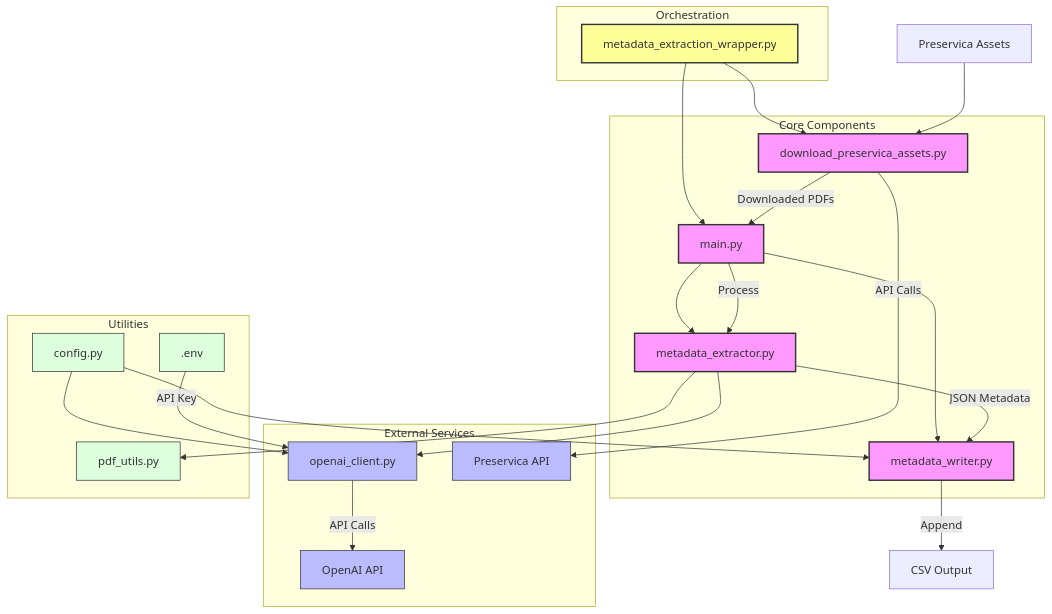
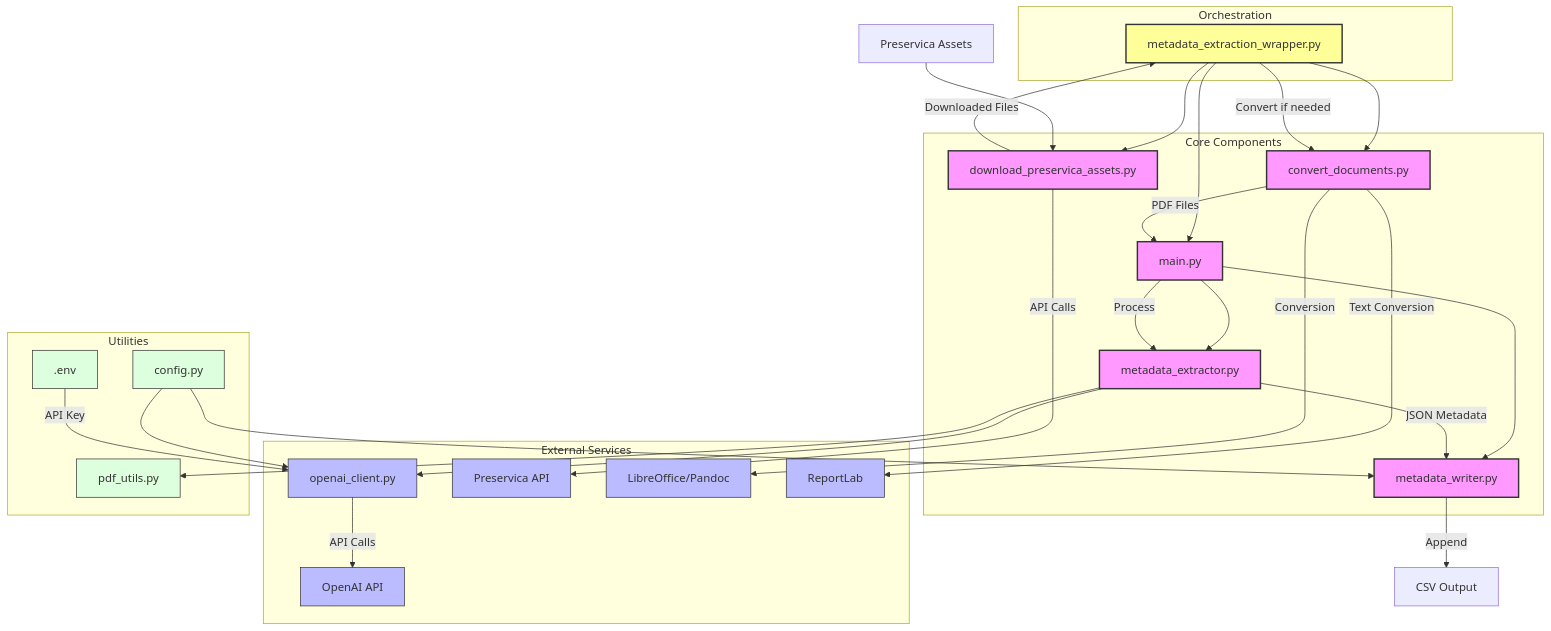
The diagram in README.md (icaew-digital-archive/metadata-extraction), drawn with Mermaid before and after one commit. The commit also changed other lines of this file, not shown here.

````diff
--- a/README.md
+++ b/README.md
@@ -7,63 +7,71 @@
 ```mermaid
 graph TD
     %% Main Components
     Wrapper[metadata_extraction_wrapper.py] --> Download[download_preservica_assets.py]
     Wrapper --> Main[main.py]
+    Wrapper --> Converter[convert_documents.py]
     Main --> Extractor[metadata_extractor.py]
     Main --> Writer[metadata_writer.py]
     
     %% Metadata Extractor Dependencies
     Extractor --> OpenAIClient[openai_client.py]
     Extractor --> PDFUtils[pdf_utils.py]
     
     %% Configuration and Environment
     Config[config.py] --> OpenAIClient
     Config --> Writer
     Env[.env] -->|API Key| OpenAIClient
     
     %% Data Flow
     Preservica[Preservica Assets] --> Download
-    Download -->|Downloaded PDFs| Main
+    Download -->|Downloaded Files| Wrapper
+    Wrapper -->|Convert if needed| Converter
+    Converter -->|PDF Files| Main
     Main -->|Process| Extractor
     Extractor -->|JSON Metadata| Writer
     Writer -->|Append| CSV[CSV Output]
     
     %% External Services
     OpenAIClient -->|API Calls| OpenAI[OpenAI API]
     Download -->|API Calls| PreservicaAPI[Preservica API]
+    Converter -->|Conversion| LibreOffice[LibreOffice/Pandoc]
+    Converter -->|Text Conversion| ReportLab[ReportLab]
     
     %% Component Details
     subgraph "Orchestration"
         Wrapper
     end
     
     subgraph "Core Components"
         Main
         Extractor
         Writer
         Download
+        Converter
     end
     
     subgraph "External Services"
         OpenAIClient
         OpenAI
         PreservicaAPI
+        LibreOffice
+        ReportLab
     end
     
     subgraph "Utilities"
         PDFUtils
         Config
         Env
     end
     
     %% Styling
     classDef primary fill:#f9f,stroke:#333,stroke-width:2px
     classDef secondary fill:#bbf,stroke:#333,stroke-width:1px
     classDef utility fill:#dfd,stroke:#333,stroke-width:1px
     classDef wrapper fill:#ff9,stroke:#333,stroke-width:2px
     
     class Wrapper wrapper
-    class Main,Extractor,Writer,Download primary
-    class OpenAIClient,OpenAI,PreservicaAPI secondary
+    class Main,Extractor,Writer,Download,Converter primary
+    class OpenAIClient,OpenAI,PreservicaAPI,LibreOffice,ReportLab secondary
     class PDFUtils,Config,Env utility
 ```
````
